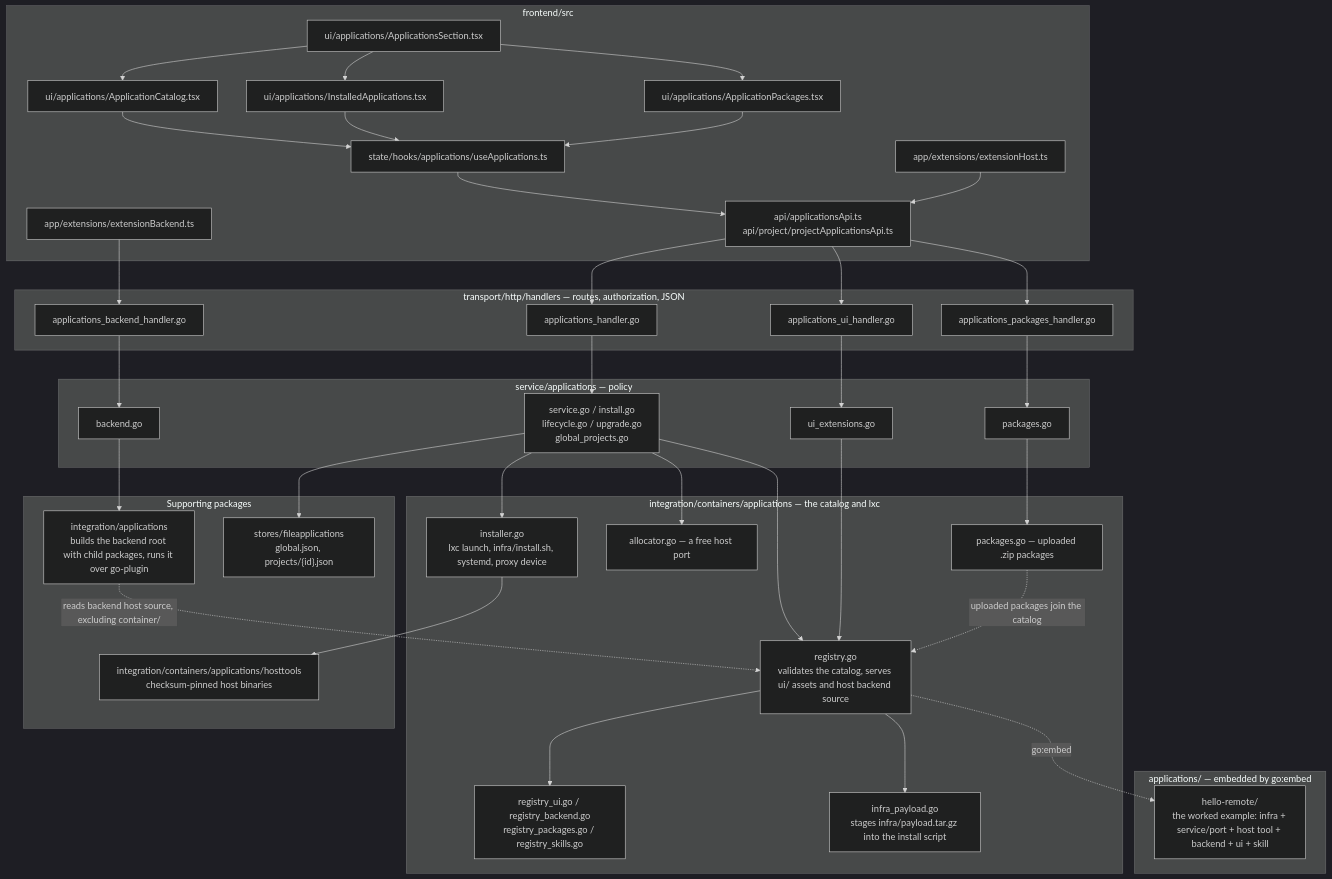
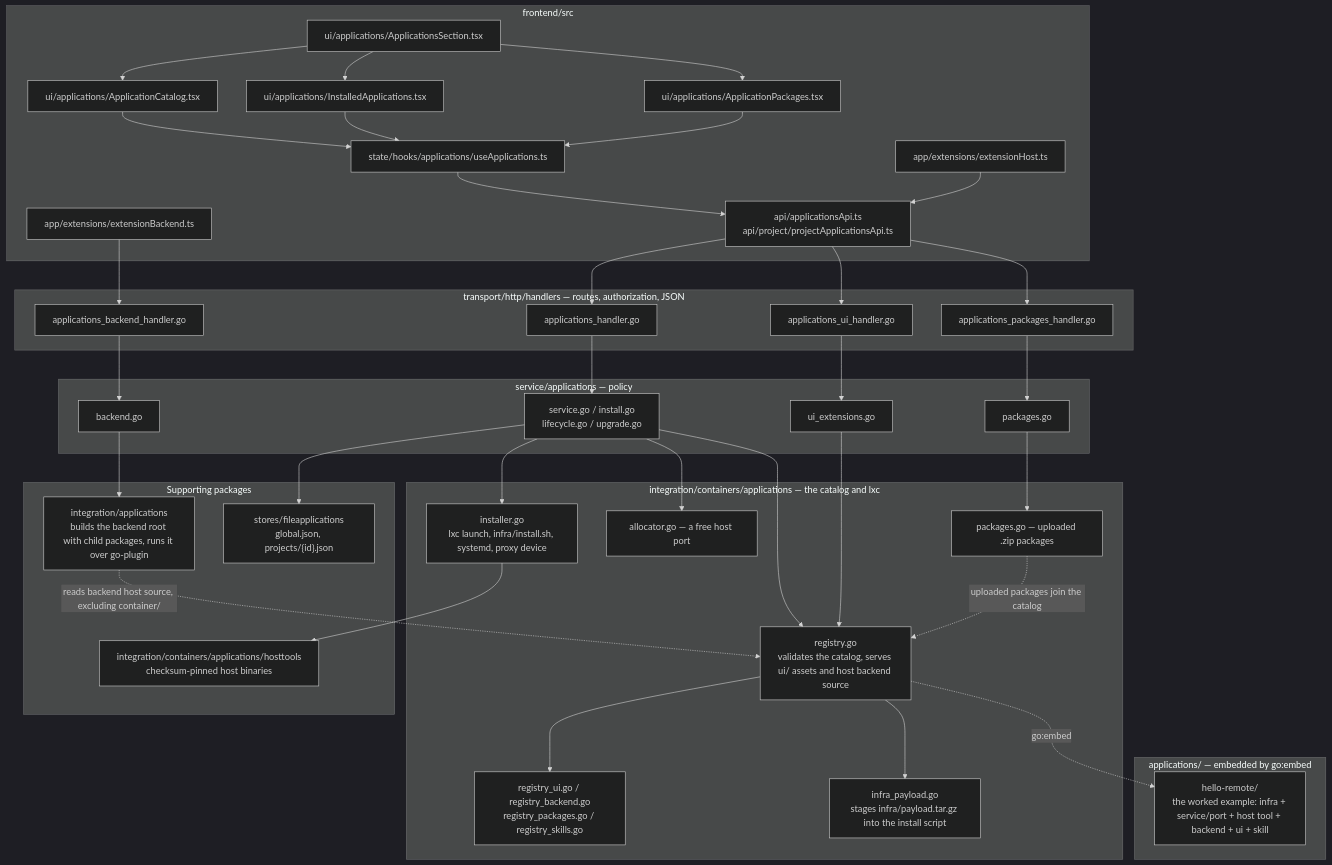
One commit to futrx-com/remote.futrx changed the first of 2 diagrams in docs/dev/installable-applications/01-overview.md. Above: the diagram before and after it, drawn with Mermaid (dark theme). The commit also changed other lines of this file and 17 other files, not shown here.

Commit message:
fix(terminal): remove unrelated global-install changes

````diff
--- a/docs/dev/installable-applications/01-overview.md
+++ b/docs/dev/installable-applications/01-overview.md
@@ -142,79 +142,79 @@
 ```mermaid
 flowchart TB
     subgraph Frontend["frontend/src"]
         FE_Section["ui/applications/ApplicationsSection.tsx"]
         FE_Catalog["ui/applications/ApplicationCatalog.tsx"]
         FE_Installed["ui/applications/InstalledApplications.tsx"]
         FE_Packages["ui/applications/ApplicationPackages.tsx"]
         FE_Hook["state/hooks/applications/useApplications.ts"]
         FE_Api["api/applicationsApi.ts<br/>api/project/projectApplicationsApi.ts"]
         FE_ExtHost["app/extensions/extensionHost.ts"]
         FE_ExtBackend["app/extensions/extensionBackend.ts"]
     end
 
     subgraph HTTP["transport/http/handlers — routes, authorization, JSON"]
         H_Main["applications_handler.go"]
         H_UI["applications_ui_handler.go"]
         H_Backend["applications_backend_handler.go"]
         H_Packages["applications_packages_handler.go"]
     end
 
     subgraph Service["service/applications — policy"]
-        S_Service["service.go / install.go<br/>lifecycle.go / upgrade.go<br/>global_projects.go"]
+        S_Service["service.go / install.go<br/>lifecycle.go / upgrade.go"]
         S_UIExt["ui_extensions.go"]
         S_Backend["backend.go"]
         S_Packages["packages.go"]
     end
 
     subgraph Integration["integration/containers/applications — the catalog and lxc"]
         I_Registry["registry.go<br/>validates the catalog, serves ui/ assets and host backend source"]
         I_RegParts["registry_ui.go / registry_backend.go<br/>registry_packages.go / registry_skills.go"]
         I_Payload["infra_payload.go<br/>stages infra/payload.tar.gz into the install script"]
         I_Installer["installer.go<br/>lxc launch, infra/install.sh, systemd, proxy device"]
         I_Allocator["allocator.go — a free host port"]
         I_Packages["packages.go — uploaded .zip packages"]
     end
 
     subgraph Support["Supporting packages"]
         P_ApplicationHost["integration/applications<br/>builds the backend root with child packages, runs it over go-plugin"]
         P_FileApps["stores/fileapplications<br/>global.json, projects/{id}.json"]
         P_HostTools["integration/containers/applications/hosttools<br/>checksum-pinned host binaries"]
     end
 
     subgraph Catalog["applications/ — embedded by go:embed"]
         C_Hello["hello-remote/<br/>the worked example: infra + service/port + host tool + backend + ui + skill"]
     end
 
     FE_Section --> FE_Catalog
     FE_Section --> FE_Installed
     FE_Section --> FE_Packages
     FE_Catalog --> FE_Hook
     FE_Installed --> FE_Hook
     FE_Packages --> FE_Hook
     FE_Hook --> FE_Api
     FE_ExtHost --> FE_Api
     FE_Api --> H_Main
     FE_Api --> H_UI
     FE_Api --> H_Packages
     FE_ExtBackend --> H_Backend
 
     H_Main --> S_Service
     H_UI --> S_UIExt
     H_Backend --> S_Backend
     H_Packages --> S_Packages
 
     S_Service --> I_Registry
     S_Service --> I_Installer
     S_Service --> I_Allocator
     S_Service --> P_FileApps
     S_UIExt --> I_Registry
     S_Backend --> P_ApplicationHost
     S_Packages --> I_Packages
 
     I_Registry --> I_RegParts
     I_Registry --> I_Payload
     I_Registry -. go:embed .-> C_Hello
     I_Installer --> P_HostTools
     I_Packages -. uploaded packages join the catalog .-> I_Registry
     P_ApplicationHost -. reads backend host source, excluding container/ .-> I_Registry
 ```
````
